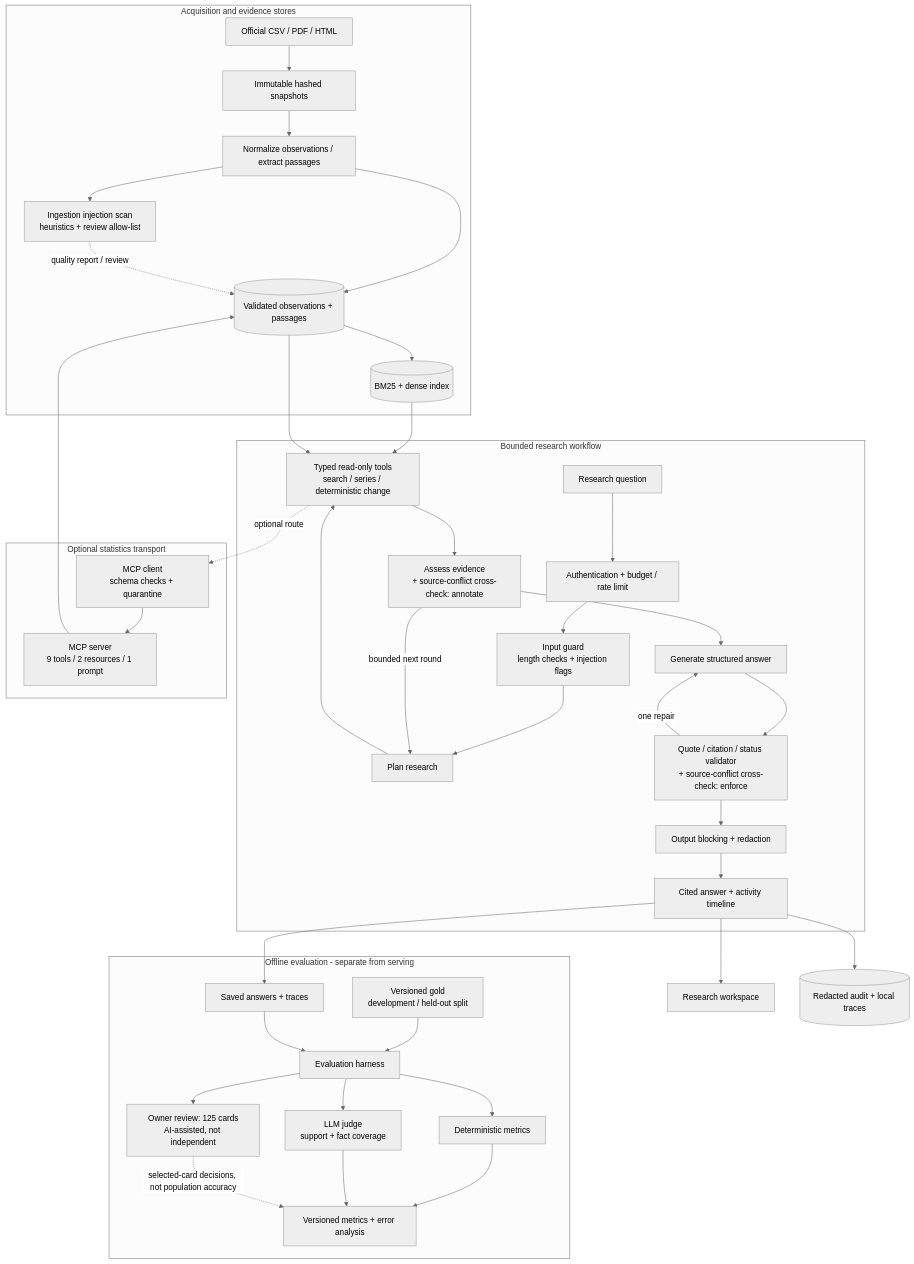
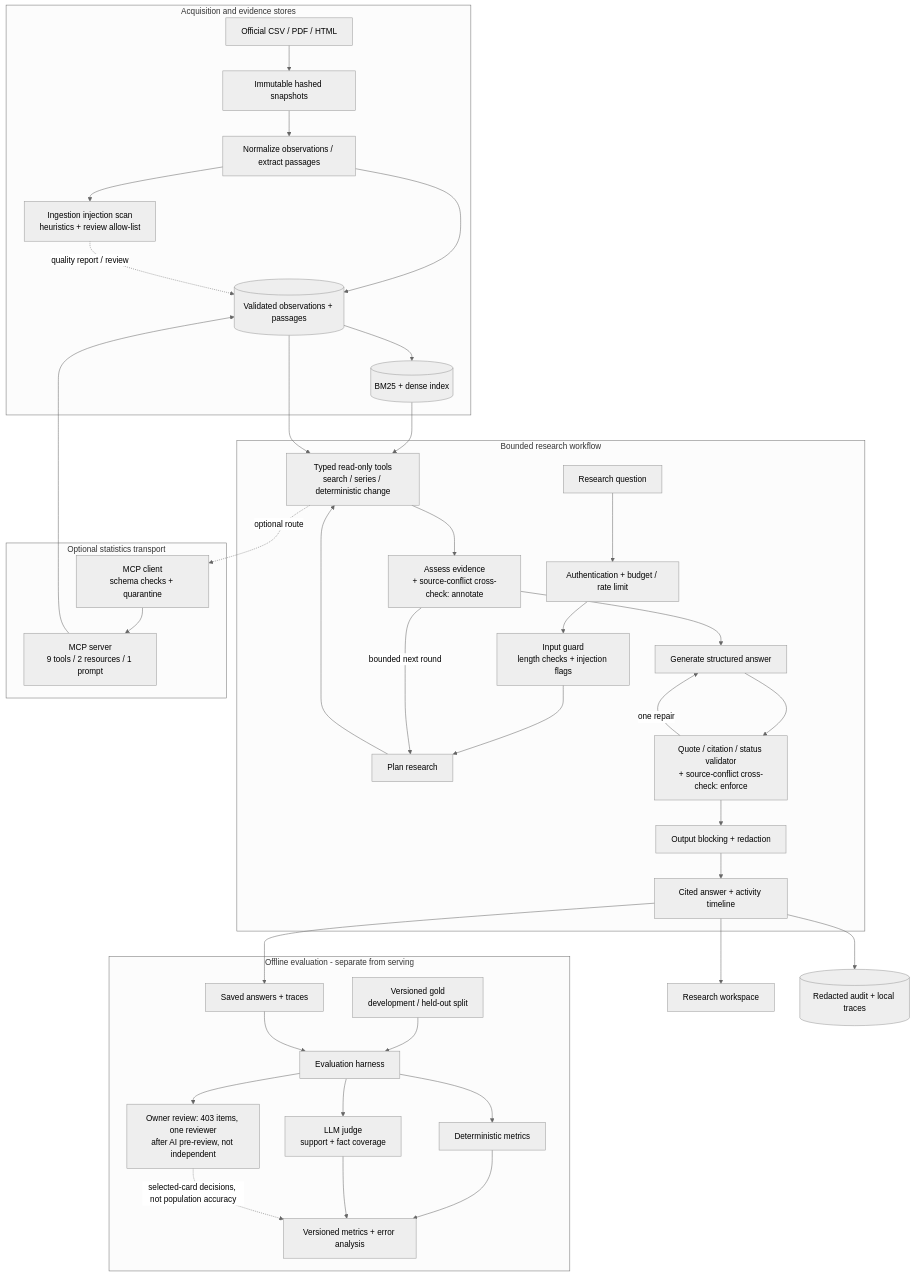
Before and after one commit to mihirkhandekar/labourlens: the diagram in docs/architecture.md, drawn with Mermaid (neutral theme). The commit also changed 40 other files, not shown here.

````diff
--- a/docs/architecture.md
+++ b/docs/architecture.md
@@ -24,46 +24,46 @@
 ```mermaid
 flowchart TB
   subgraph Data["Acquisition and evidence stores"]
     SOURCE[Official CSV / PDF / HTML] --> SNAP[Immutable hashed snapshots]
     SNAP --> PARSE[Normalize observations / extract passages]
     PARSE --> SCAN[Ingestion injection scan<br/>heuristics + review allow-list]
     PARSE --> STORE[(Validated observations + passages)]
     STORE --> INDEX[(BM25 + dense index)]
     SCAN -. quality report / review .-> STORE
   end
   subgraph Runtime["Bounded research workflow"]
     USER[Research question] --> ADMIT[Authentication + budget / rate limit]
     ADMIT --> INPUT[Input guard<br/>length checks + injection flags]
     INPUT --> PLAN[Plan research]
     PLAN --> TOOLS[Typed read-only tools<br/>search / series / deterministic change]
     TOOLS --> ASSESS[Assess evidence<br/>+ source-conflict cross-check: annotate]
     ASSESS -->|bounded next round| PLAN
     ASSESS --> ANSWER[Generate structured answer]
     ANSWER --> VALID[Quote / citation / status validator<br/>+ source-conflict cross-check: enforce]
     VALID -->|one repair| ANSWER
     VALID --> REDACT[Output blocking + redaction]
     REDACT --> OUT[Cited answer + activity timeline]
   end
   subgraph MCP["Optional statistics transport"]
     CLIENT[MCP client<br/>schema checks + quarantine]
     SERVER[MCP server<br/>9 tools / 2 resources / 1 prompt]
     CLIENT --> SERVER
   end
   subgraph Evaluation["Offline evaluation - separate from serving"]
     GOLD[Versioned gold<br/>development / held-out split] --> HARNESS[Evaluation harness]
     RUNS[Saved answers + traces] --> HARNESS
     HARNESS --> DETER[Deterministic metrics]
     HARNESS --> JUDGE[LLM judge<br/>support + fact coverage]
-    HARNESS --> HUMAN[Owner review: 125 cards<br/>AI-assisted, not independent]
+    HARNESS --> HUMAN[Owner review: 403 items, one reviewer<br/>after AI pre-review, not independent]
     DETER --> REPORT[Versioned metrics + error analysis]
     JUDGE --> REPORT
     HUMAN -. selected-card decisions, not population accuracy .-> REPORT
   end
   INDEX --> TOOLS
   STORE --> TOOLS
   TOOLS -. optional route .-> CLIENT
   SERVER --> STORE
   OUT --> RUNS
   OUT --> WEB[Research workspace]
   OUT --> AUDIT[(Redacted audit + local traces)]
 ```
````
